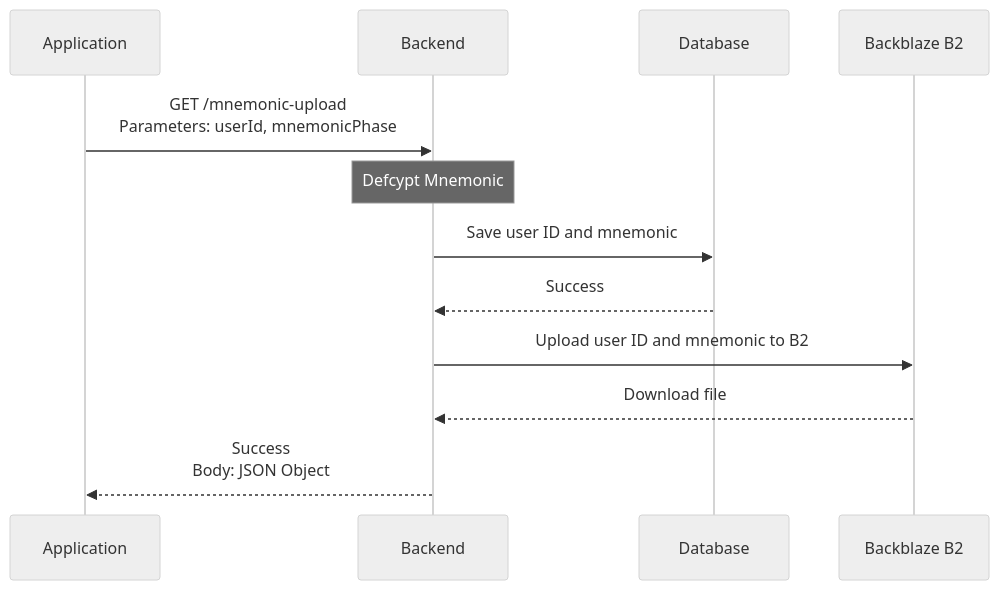
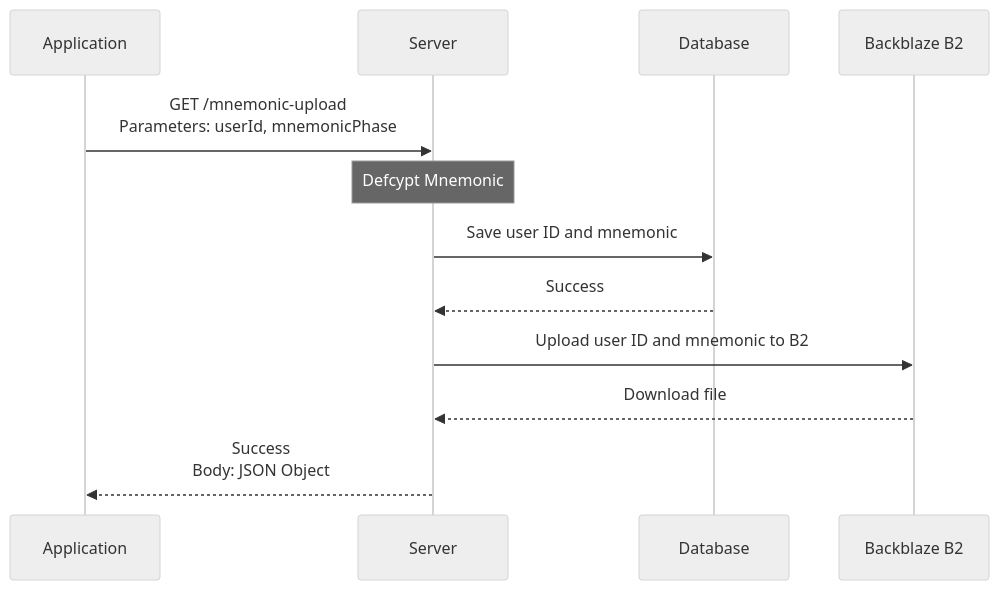
One commit to BTI-US/PhotoEditor-Server changed the third of 7 diagrams in README.md. Above: the diagram before and after it, drawn with Mermaid (neutral theme). The commit also changed other lines of this file and 6 other files, not shown here.

````diff
--- a/README.md
+++ b/README.md
@@ -50,15 +66,15 @@
 ```mermaid
 sequenceDiagram
     participant APP as Application
-    participant BE as Backend
+    participant BE as Server
     participant DB as Database
     participant B2 as Backblaze B2
 
     APP->>BE: GET /mnemonic-upload <br>Parameters: userId, mnemonicPhase
     note over BE: Defcypt Mnemonic
     BE->>DB: Save user ID and mnemonic
     DB-->>BE: Success
     BE->>B2: Upload user ID and mnemonic to B2
     B2-->>BE: Download file
     BE-->>APP: Success <br>Body: JSON Object
 ```
````
